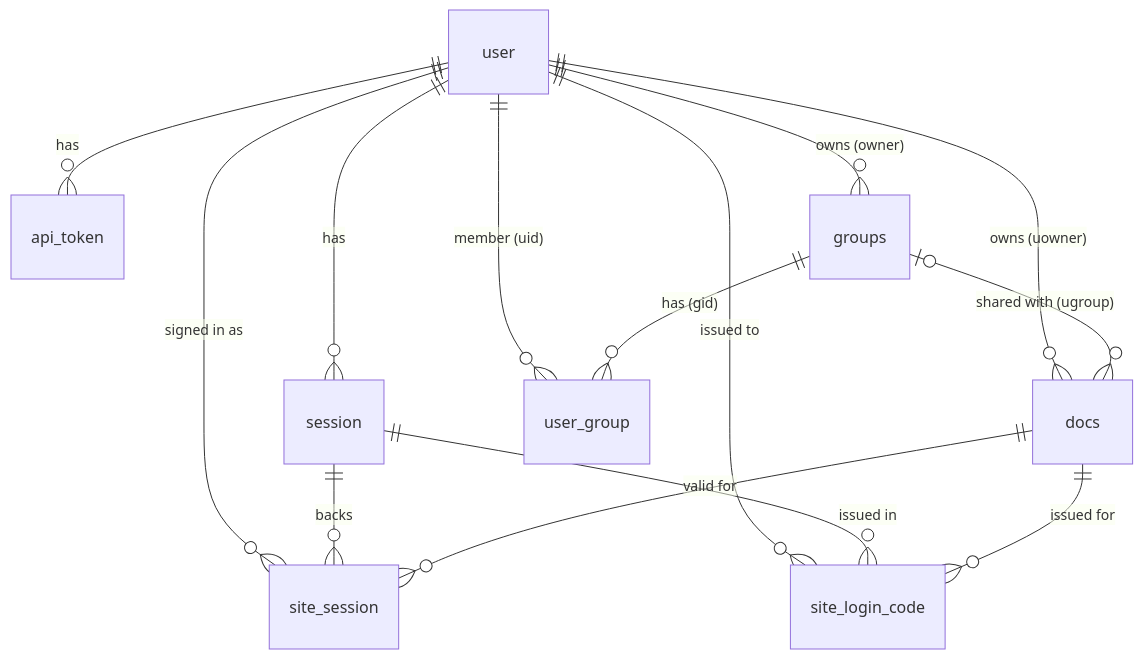
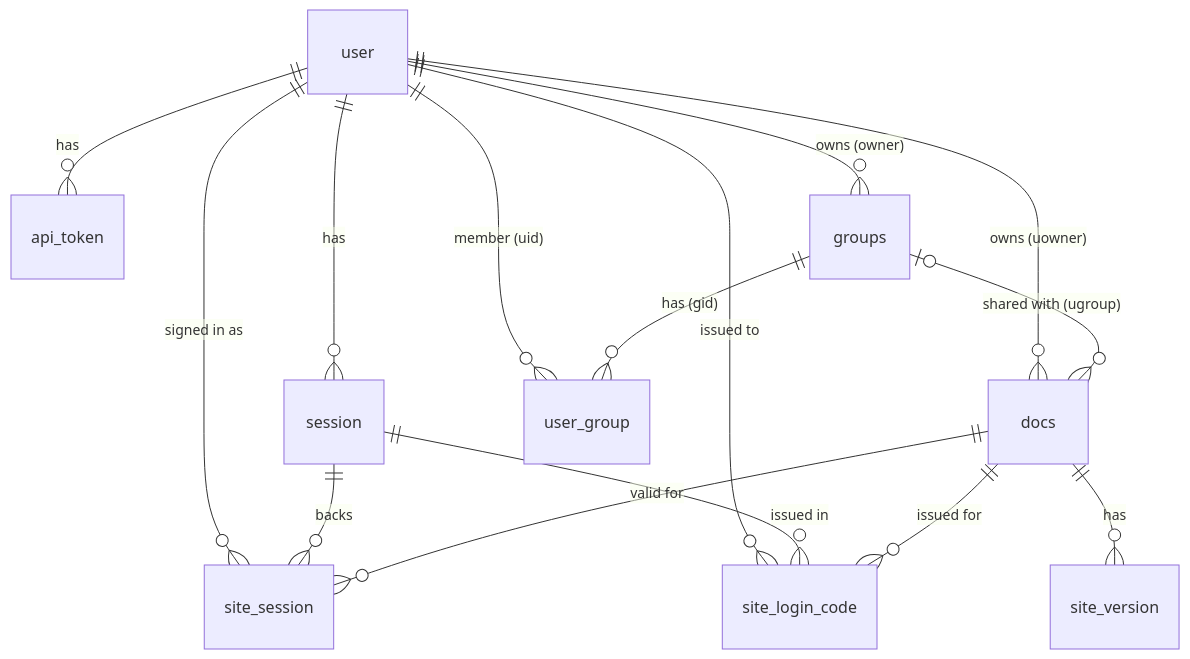
The diagram in docs/schema.md (gira0/open-pages), drawn with Mermaid before and after one commit. The commit also changed other lines of this file and 20 other files, not shown here.

````diff
--- a/docs/schema.md
+++ b/docs/schema.md
@@ -14,16 +14,17 @@
 ```mermaid
 erDiagram
     user ||--o{ session : "has"
     user ||--o{ site_session : "signed in as"
     user ||--o{ site_login_code : "issued to"
     session ||--o{ site_session : "backs"
     session ||--o{ site_login_code : "issued in"
     docs ||--o{ site_session : "valid for"
     docs ||--o{ site_login_code : "issued for"
     user ||--o{ api_token : "has"
     user ||--o{ groups : "owns (owner)"
+    docs ||--o{ site_version : "has"
     user ||--o{ docs : "owns (uowner)"
     user ||--o{ user_group : "member (uid)"
     groups ||--o{ user_group : "has (gid)"
     groups |o--o{ docs : "shared with (ugroup)"
 ```
````
